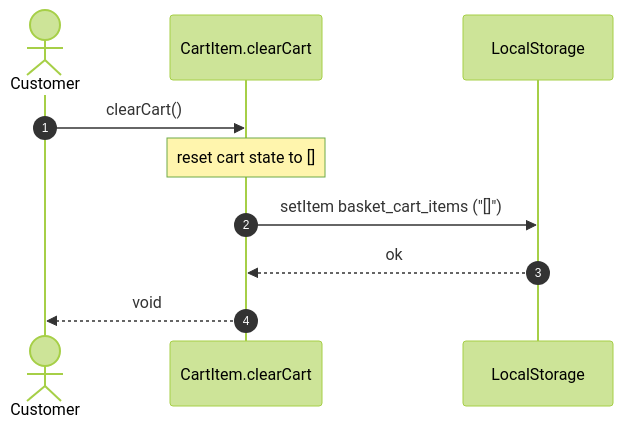
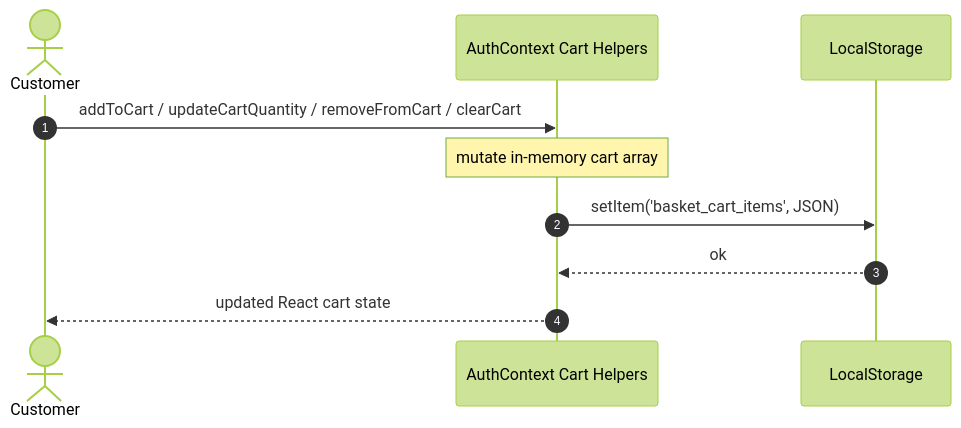
One commit to nroc6/CP317B-Project-Group1 changed the seventh of 13 diagrams in docs/SPECIFICATION.MD. Above: the diagram before and after it, drawn with Mermaid (forest theme). The commit also changed other lines of this file and 28 other files, not shown here.

````diff
--- a/docs/SPECIFICATION.MD
+++ b/docs/SPECIFICATION.MD
@@ -323,13 +290,13 @@
 ```mermaid
 sequenceDiagram
     autonumber
     actor C as Customer
-    participant CartItem.clearCart
-    participant DB as LocalStorage
+    participant Cart as AuthContext Cart Helpers
+    participant LS as LocalStorage
 
-    C->>CartItem.clearCart: clearCart()
-    Note over CartItem.clearCart: reset cart state to []
-    CartItem.clearCart->>DB: setItem basket_cart_items ("[]")
-    DB-->>CartItem.clearCart: ok
-    CartItem.clearCart-->>C: void
+    C->>Cart: addToCart / updateCartQuantity / removeFromCart / clearCart
+    Note over Cart: mutate in-memory cart array
+    Cart->>LS: setItem('basket_cart_items', JSON)
+    LS-->>Cart: ok
+    Cart-->>C: updated React cart state
 ```
````
